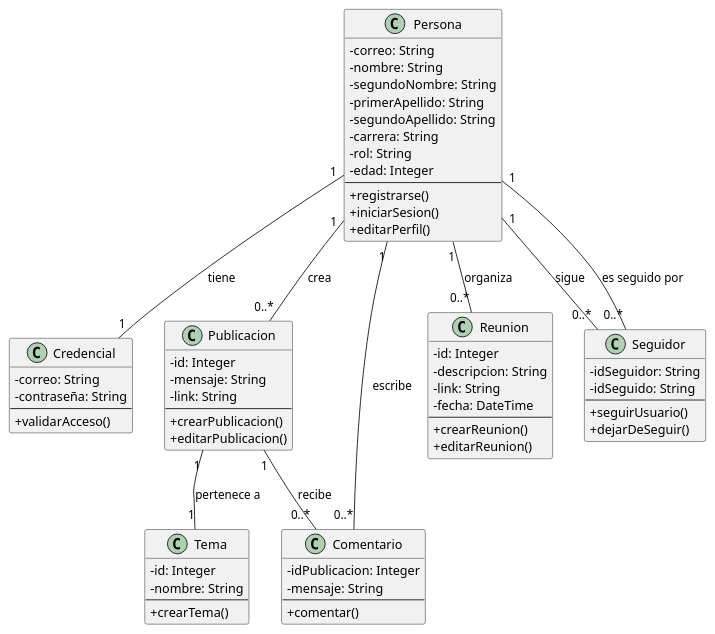
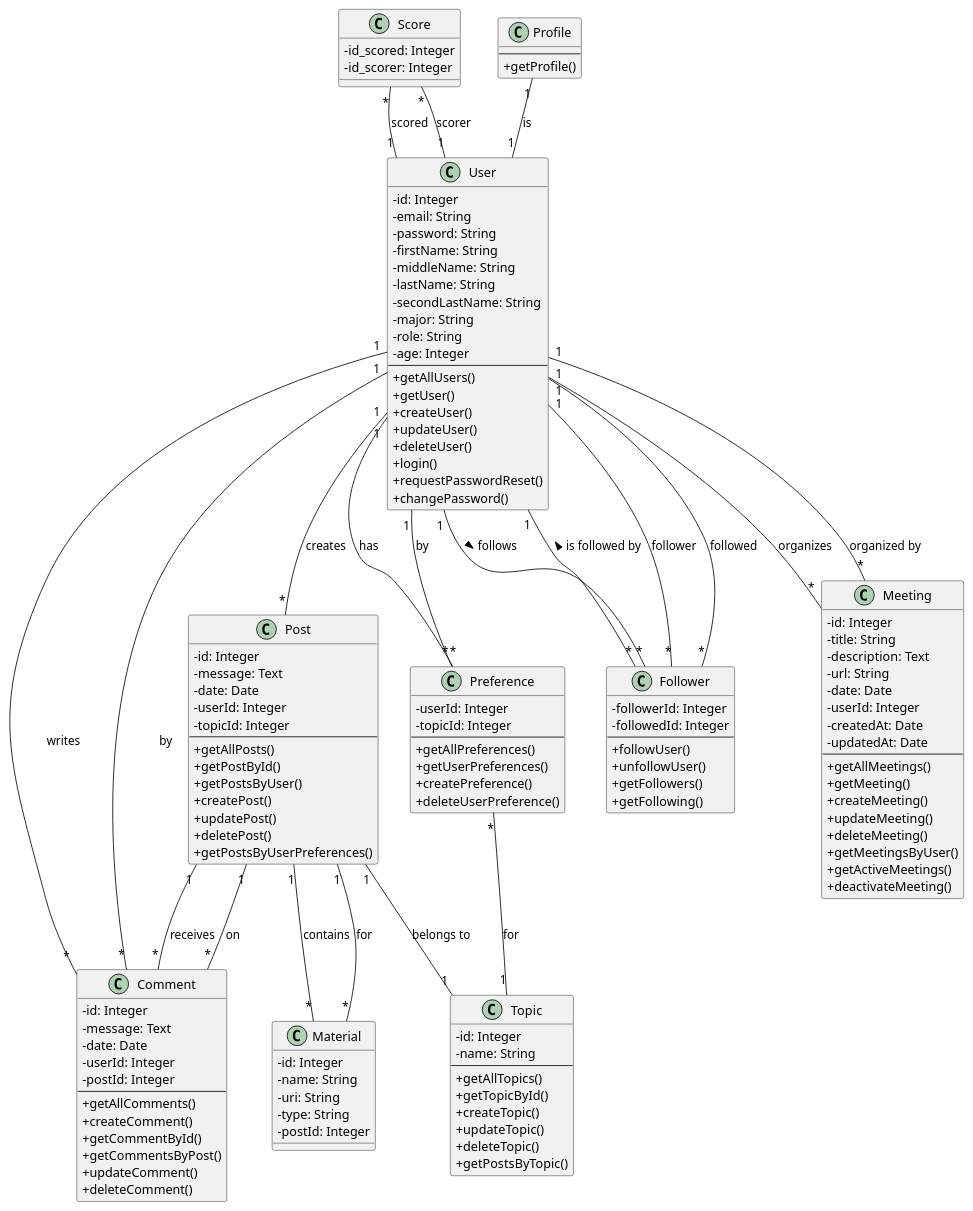
One commit to icb557/StayOn changed the diagram in Diags/diagClases.puml. Above: the diagram before and after it, drawn with PlantUML. The commit also changed 6 other files, not shown here.

First line of the commit message:
feat: make the following section and suggested topic section dynamic

```diff
--- a/Diags/diagClases.puml
+++ b/Diags/diagClases.puml
@@ -1,78 +1,149 @@
-@startuml Diagrama de Clases - StayOn
+@startuml StayOn_Class_Diagram
 skinparam classAttributeIconSize 0
 
-class Persona {
-  - correo: String
-  - nombre: String
-  - segundoNombre: String
-  - primerApellido: String
-  - segundoApellido: String
-  - carrera: String
-  - rol: String
-  - edad: Integer
+class User {
+  - id: Integer
+  - email: String
+  - password: String
+  - firstName: String
+  - middleName: String
+  - lastName: String
+  - secondLastName: String
+  - major: String
+  - role: String
+  - age: Integer
   --
-  +registrarse()
-  +iniciarSesion()
-  +editarPerfil()
+  +getAllUsers()
+  +getUser()
+  +createUser()
+  +updateUser()
+  +deleteUser()
+  +login()
+  +requestPasswordReset()
+  +changePassword()
 }
 
-class Credencial {
-  - correo: String
-  - contraseña: String
+class Post {
+  - id: Integer
+  - message: Text
+  - date: Date
+  - userId: Integer
+  - topicId: Integer
   --
-  +validarAcceso()
+  +getAllPosts()
+  +getPostById()
+  +getPostsByUser()
+  +createPost()
+  +updatePost()
+  +deletePost()
+  +getPostsByUserPreferences()
 }
 
-class Publicacion {
+class Comment {
   - id: Integer
-  - mensaje: String
-  - link: String
+  - message: Text
+  - date: Date
+  - userId: Integer
+  - postId: Integer
   --
-  +crearPublicacion()
-  +editarPublicacion()
+  +getAllComments()
+  +createComment()
+  +getCommentById()
+  +getCommentsByPost()
+  +updateComment()
+  +deleteComment()
 }
 
-class Comentario {
-  - idPublicacion: Integer
-  - mensaje: String
-  --
-  +comentar()
+class Material {
+  - id: Integer
+  - name: String
+  - uri: String
+  - type: String
+  - postId: Integer
 }
 
-class Reunion {
+class Topic {
   - id: Integer
-  - descripcion: String
-  - link: String
-  - fecha: DateTime
+  - name: String
   --
-  +crearReunion()
-  +editarReunion()
+  +getAllTopics()
+  +getTopicById()
+  +createTopic()
+  +updateTopic()
+  +deleteTopic()
+  +getPostsByTopic()
 }
 
-class Tema {
-  - id: Integer
-  - nombre: String
+class Follower {
+  - followerId: Integer
+  - followedId: Integer
   --
-  +crearTema()
+  +followUser()
+  +unfollowUser()
+  +getFollowers()
+  +getFollowing()
 }
 
-class Seguidor {
-  - idSeguidor: String
-  - idSeguido: String
+class Preference {
+  - userId: Integer
+  - topicId: Integer
   --
-  +seguirUsuario()
-  +dejarDeSeguir()
+  +getAllPreferences()
+  +getUserPreferences()
+  +createPreference()
+  +deleteUserPreference()
 }
 
-' Relaciones
-Persona "1" -- "1" Credencial : tiene
-Persona "1" -- "0..*" Publicacion : crea
-Persona "1" -- "0..*" Reunion : organiza
-Persona "1" -- "0..*" Comentario : escribe
-Persona "1" -- "0..*" Seguidor : sigue
-Persona "1" -- "0..*" Seguidor : es seguido por
+class Meeting {
+  - id: Integer
+  - title: String
+  - description: Text
+  - url: String
+  - date: Date
+  - userId: Integer
+  - createdAt: Date
+  - updatedAt: Date
+  --
+  +getAllMeetings()
+  +getMeeting()
+  +createMeeting()
+  +updateMeeting()
+  +deleteMeeting()
+  +getMeetingsByUser()
+  +getActiveMeetings()
+  +deactivateMeeting()
+}
 
-Publicacion "1" -- "0..*" Comentario : recibe
-Publicacion "1" -- "1" Tema : pertenece a
+class Score {
+  - id_scored: Integer
+  - id_scorer: Integer
+}
 
+class Profile {
+  --
+  +getProfile()
+}
+
+' Relationships
+User "1" -- "*" Post : creates
+User "1" -- "*" Meeting : organizes
+User "1" -- "*" Comment : writes
+User "1" -- "*" Follower : follows >
+User "1" -- "*" Follower : is followed by <
+User "1" -- "*" Preference : has
+
+Post "1" -- "*" Comment : receives
+Post "1" -- "*" Material : contains
+Post "1" -- "1" Topic : belongs to
+Comment "*" -- "1" Post : on
+Comment "*" -- "1" User : by
+Material "*" -- "1" Post : for
+Meeting "*" -- "1" User : organized by
+Preference "*" -- "1" Topic : for
+Preference "*" -- "1" User : by
+Follower "*" -- "1" User : follower
+Follower "*" -- "1" User : followed
+Score "*" -- "1" User : scored
+Score "*" -- "1" User : scorer
+Profile "1" -- "1" User : is
 @enduml
```
